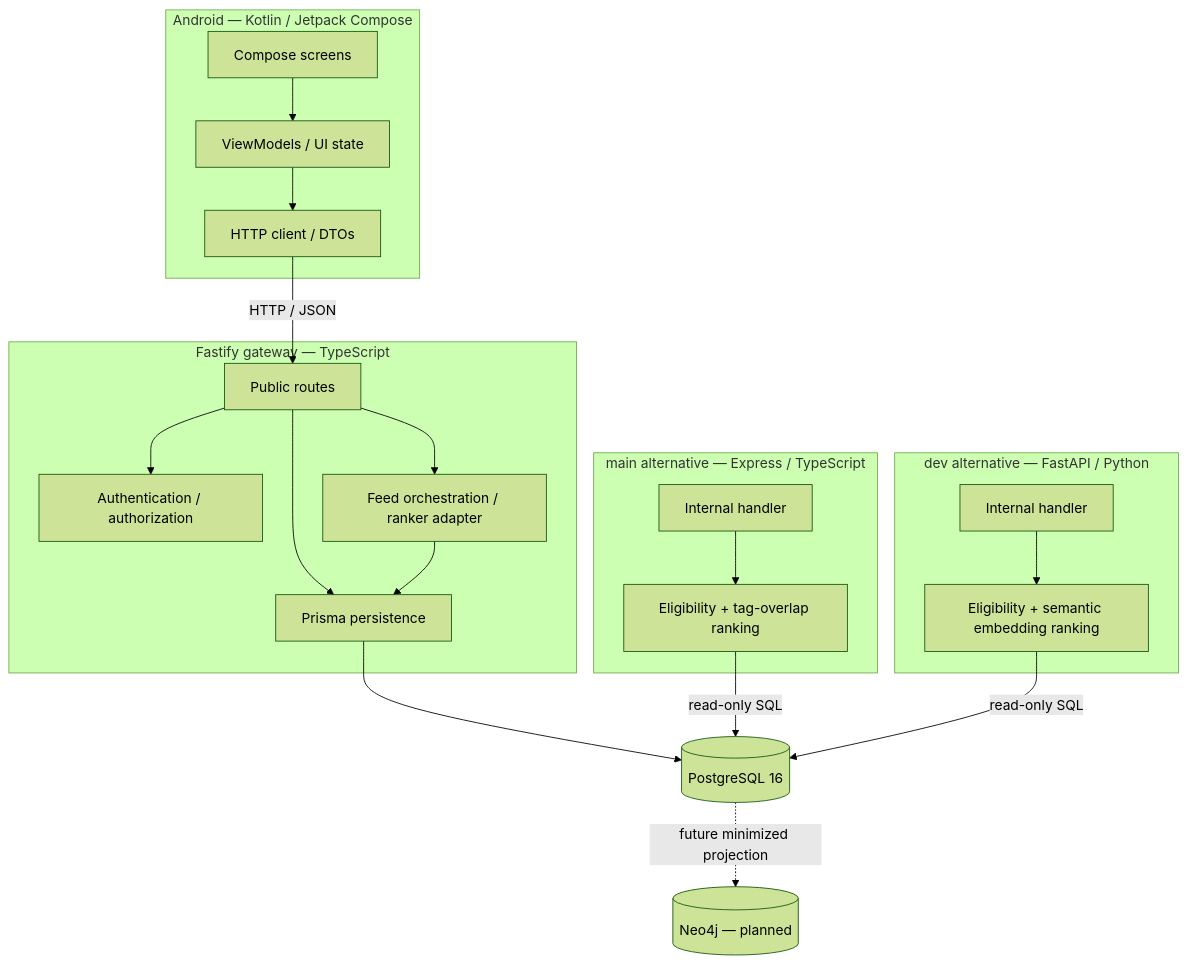
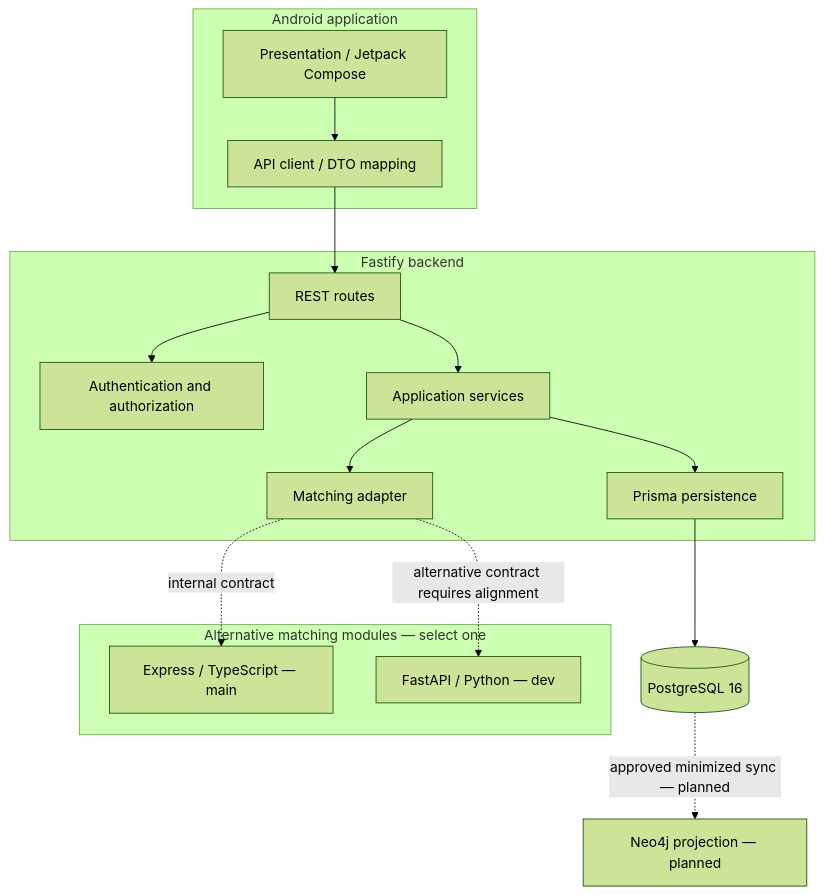
The first of 5 diagrams in docs/design/New SAD v1.0.md (bhsei/26A), drawn with Mermaid (forest theme) before and after one commit. The commit also changed other lines of this file, not shown here.

First line of the commit message:
W10 - SAD design v1.6; add AdoptAJob Software Architecture Document

````diff
--- a/docs/design/New SAD v1.0.md
+++ b/docs/design/New SAD v1.0.md
@@ -480,25 +319,34 @@
-``` mermaid
+```mermaid
 flowchart TB
-  subgraph Android["Android — Kotlin / Jetpack Compose"]
-    UI["Compose screens"] --> VM["ViewModels / UI state"] --> HTTP["HTTP client / DTOs"]
+  subgraph Mobile["Android application"]
+    UI["Presentation / Jetpack Compose"]
+    Client["API client / DTO mapping"]
+    UI --> Client
   end
-  subgraph API["Fastify gateway — TypeScript"]
-    ROUTES["Public routes"] --> AUTH["Authentication / authorization"]
-    ROUTES --> FEED["Feed orchestration / ranker adapter"]
-    ROUTES --> DBMOD["Prisma persistence"]
-    FEED --> DBMOD
+
+  subgraph Backend["Fastify backend"]
+    Routes["REST routes"]
+    Auth["Authentication and authorization"]
+    UseCases["Application services"]
+    Adapter["Matching adapter"]
+    Prisma["Prisma persistence"]
+    Routes --> Auth
+    Routes --> UseCases
+    UseCases --> Adapter
+    UseCases --> Prisma
   end
-  subgraph MAIN["main alternative — Express / TypeScript"]
-    EH["Internal handler"] --> TAG["Eligibility + tag-overlap ranking"]
+
+  subgraph RankerChoice["Alternative matching modules — select one"]
+    Express["Express / TypeScript — main"]
+    Python["FastAPI / Python — dev"]
   end
-  subgraph DEV["dev alternative — FastAPI / Python"]
-    PH["Internal handler"] --> EMB["Eligibility + semantic embedding ranking"]
-  end
-  PG[("PostgreSQL 16")]
-  NEO[("Neo4j — planned")]
-  HTTP -->|"HTTP / JSON"| ROUTES
-  DBMOD --> PG
-  TAG -->|"read-only SQL"| PG
-  EMB -->|"read-only SQL"| PG
-  PG -.->|"future minimized projection"| NEO
+
+  DB[("PostgreSQL 16")]
+  Neo["Neo4j projection — planned"]
+
+  Client --> Routes
+  Prisma --> DB
+  Adapter -. "internal contract" .-> Express
+  Adapter -. "alternative contract requires alignment" .-> Python
+  DB -. "approved minimized sync — planned" .-> Neo
 ```
````
